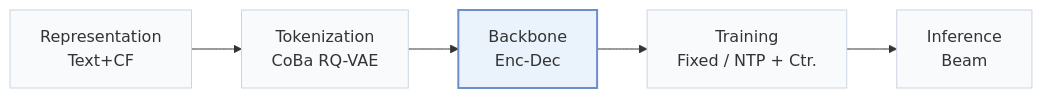
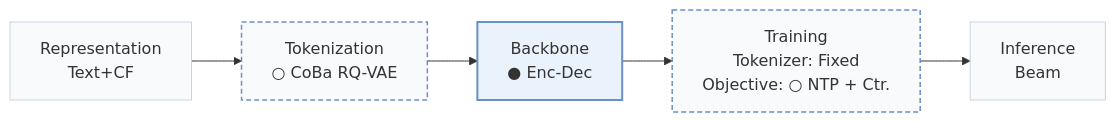
One commit to Galaxy-ghost/Awesome-SID-Generative-Rec changed the first of 3 diagrams in pages/papers/s2gr.md. Above: the diagram before and after it, drawn with Mermaid. The commit also changed other lines of this file and 558 other files, not shown here.

````diff
--- a/pages/papers/s2gr.md
+++ b/pages/papers/s2gr.md
@@ -15,8 +18,10 @@
 ```mermaid
 flowchart LR
-    R["Representation<br/>Text+CF"] --> T["Tokenization<br/>CoBa RQ-VAE"] --> B["Backbone<br/>Enc-Dec"] --> TR["Training<br/>Fixed / NTP + Ctr."] --> I["Inference<br/>Beam"]
+    R["Representation<br/>Text+CF"] --> T["Tokenization<br/>○ CoBa RQ-VAE"] --> B["Backbone<br/>● Enc-Dec"] --> TR["Training<br/>Tokenizer: Fixed<br/>Objective: ○ NTP + Ctr."] --> I["Inference<br/>Beam"]
     classDef base fill:#f8fafc,stroke:#cbd5e1
     class R,T,B,TR,I base
+    classDef other fill:#f8fafc,stroke:#6b8fc7,stroke-width:1.5px,stroke-dasharray:5 3
+    class T,TR other
     classDef main fill:#eaf2fb,stroke:#6b8fc7,stroke-width:2px
     class B main
 ```
````
